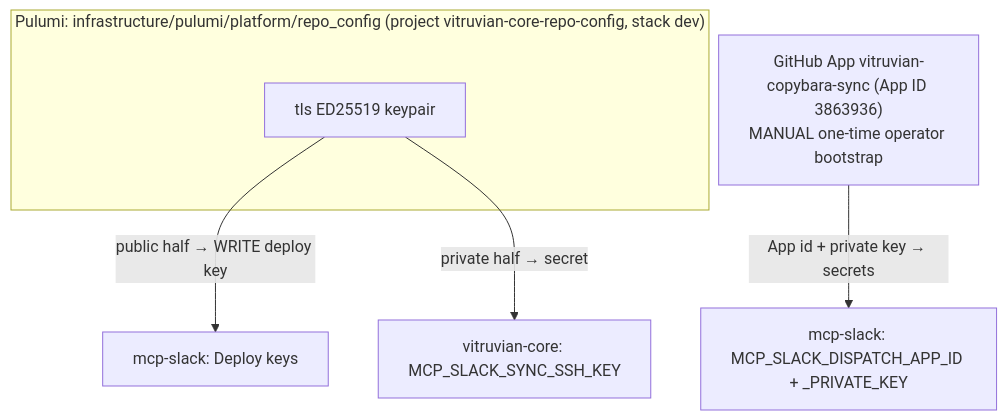
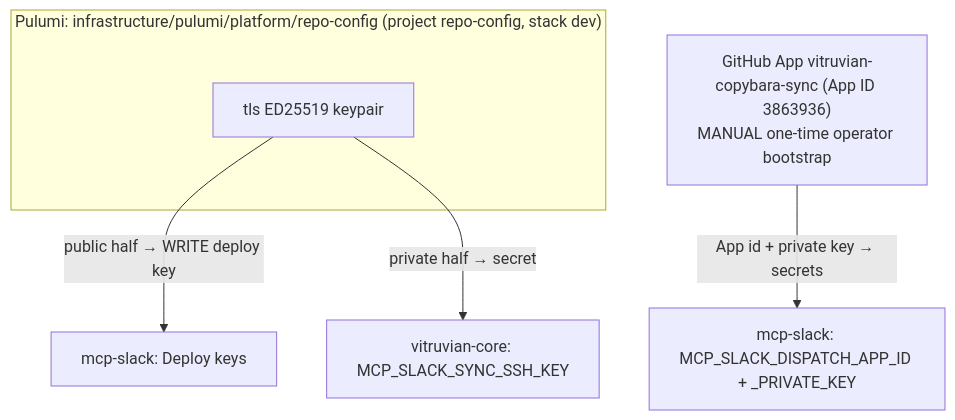
One commit to VitruvianSoftware/vitruvian-core changed the fifth of 7 diagrams in docs/admin/copybara-sync.md. Above: the diagram before and after it, drawn with Mermaid. The commit also changed other lines of this file and 301 other files, not shown here.

````diff
--- a/docs/admin/copybara-sync.md
+++ b/docs/admin/copybara-sync.md
@@ -207,10 +207,10 @@
 ```mermaid
 flowchart TD
-    subgraph P["Pulumi: infrastructure/pulumi/platform/repo_config (project vitruvian-core-repo-config, stack dev)"]
+    subgraph P["Pulumi: infrastructure/pulumi/platform/repo-config (project repo-config, stack dev)"]
         key["tls ED25519 keypair"]
     end
     key -- "public half → WRITE deploy key" --> msk["mcp-slack: Deploy keys"]
     key -- "private half → secret" --> vck["vitruvian-core: MCP_SLACK_SYNC_SSH_KEY"]
     app["GitHub App vitruvian-copybara-sync (App ID 3863936)<br/>MANUAL one-time operator bootstrap"]
     app -- "App id + private key → secrets" --> mss["mcp-slack: MCP_SLACK_DISPATCH_APP_ID + _PRIVATE_KEY"]
 ```
````
